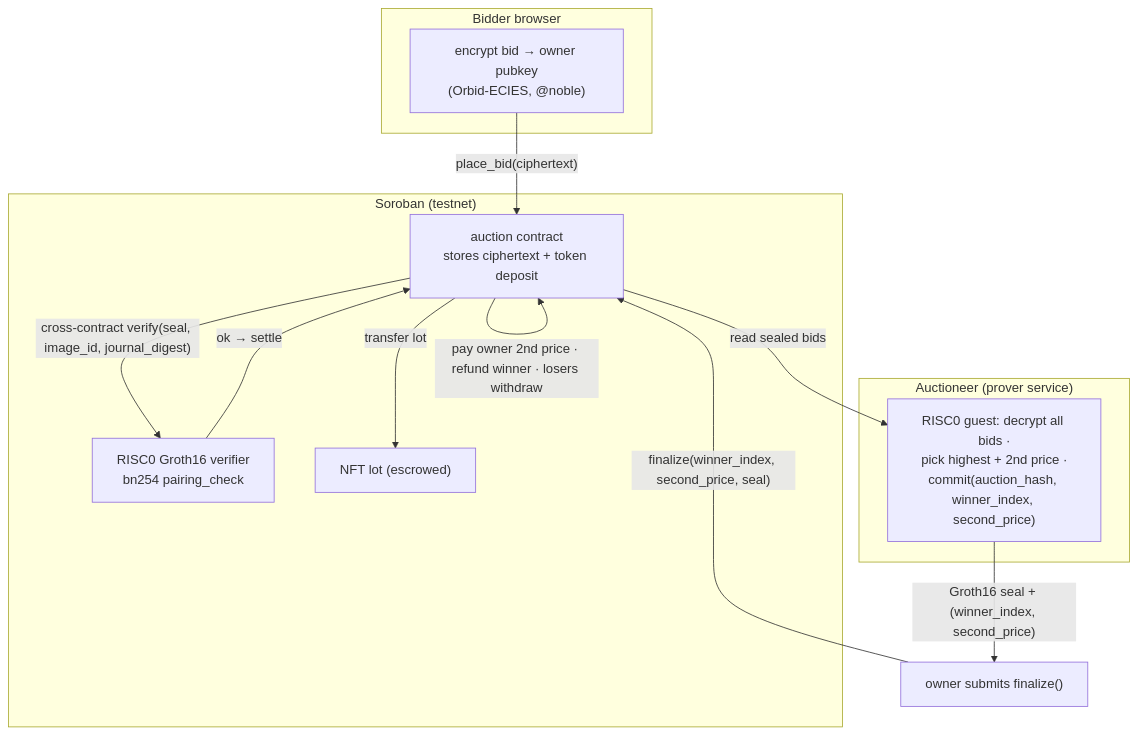
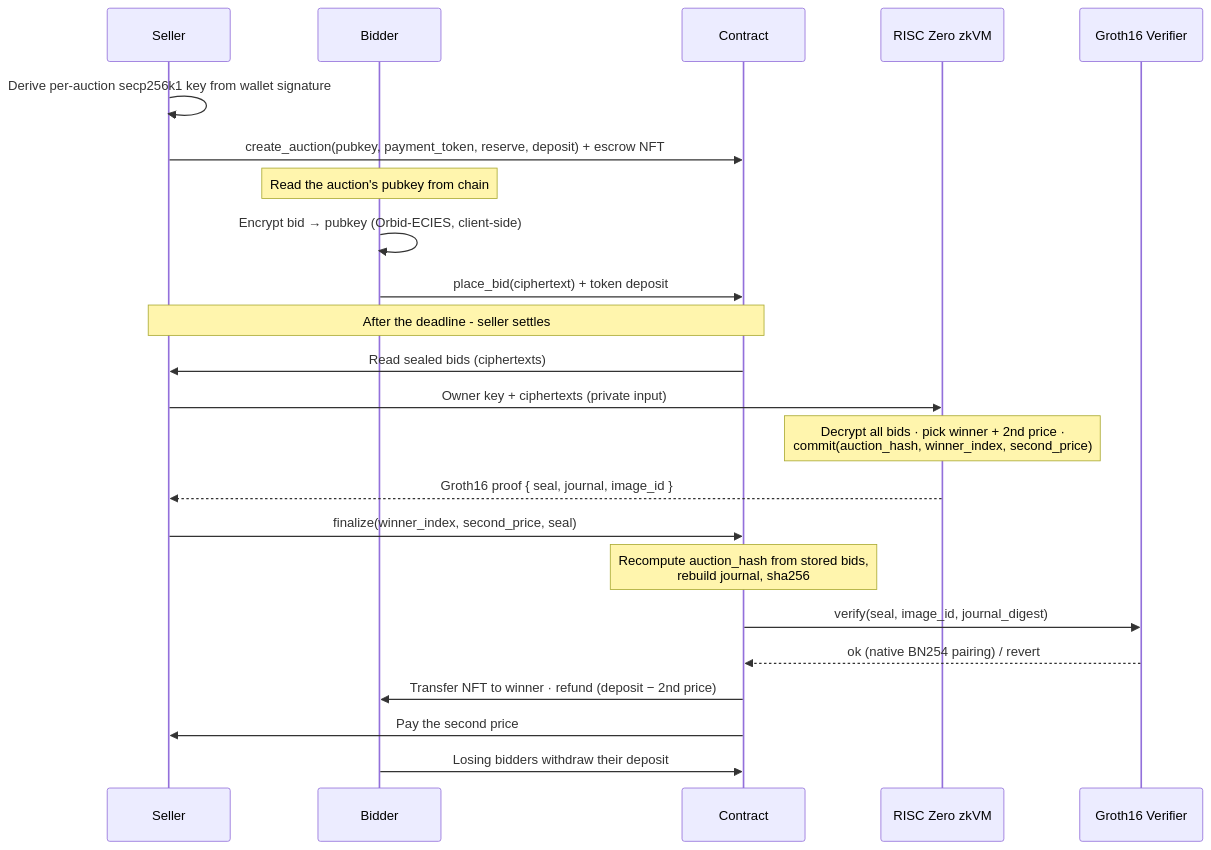
The diagram in README.md (dylannn1312/orbid), drawn with Mermaid before and after one commit.

Commit message:
docs: convert architecture diagram to sequence diagram

````diff
--- a/README.md
+++ b/README.md
@@ -31,24 +31,29 @@
 ```mermaid
-flowchart TD
-    subgraph Browser["Bidder browser"]
-        E["encrypt bid → owner pubkey<br/>(Orbid-ECIES, @noble)"]
-    end
-    subgraph Chain["Soroban (testnet)"]
-        A["auction contract<br/>stores ciphertext + token deposit"]
-        V["RISC0 Groth16 verifier<br/>bn254 pairing_check"]
-        N["NFT lot (escrowed)"]
-    end
-    subgraph Owner["Auctioneer (prover service)"]
-        P["RISC0 guest: decrypt all bids ·<br/>pick highest + 2nd price ·<br/>commit(auction_hash, winner_index, second_price)"]
-    end
+sequenceDiagram
+    participant SE as Seller
+    participant BI as Bidder
+    participant SC as Contract
+    participant ZK as RISC Zero zkVM
+    participant VF as Groth16 Verifier
 
-    E -->|"place_bid(ciphertext)"| A
-    A -->|"read sealed bids"| P
-    P -->|"Groth16 seal + (winner_index, second_price)"| O2["owner submits finalize()"]
-    O2 -->|"finalize(winner_index, second_price, seal)"| A
-    A -->|"recompute auction_hash from stored bids,<br/>rebuild journal, sha256"| A
-    A -->|"cross-contract verify(seal, image_id, journal_digest)"| V
-    V -->|"ok → settle"| A
-    A -->|"transfer lot"| N
-    A -->|"pay owner 2nd price · refund winner · losers withdraw"| A
+    SE->>SE: Derive per-auction secp256k1 key from wallet signature
+    SE->>SC: create_auction(pubkey, payment_token, reserve, deposit) + escrow NFT
+
+    Note over BI: Read the auction's pubkey from chain
+    BI->>BI: Encrypt bid → pubkey (Orbid-ECIES, client-side)
+    BI->>SC: place_bid(ciphertext) + token deposit
+
+    Note over SE,SC: After the deadline - seller settles
+    SC->>SE: Read sealed bids (ciphertexts)
+    SE->>ZK: Owner key + ciphertexts (private input)
+    Note over ZK: Decrypt all bids · pick winner + 2nd price ·<br/>commit(auction_hash, winner_index, second_price)
+    ZK-->>SE: Groth16 proof { seal, journal, image_id }
+    SE->>SC: finalize(winner_index, second_price, seal)
+    Note over SC: Recompute auction_hash from stored bids,<br/>rebuild journal, sha256
+    SC->>VF: verify(seal, image_id, journal_digest)
+    VF-->>SC: ok (native BN254 pairing) / revert
+
+    SC->>BI: Transfer NFT to winner · refund (deposit − 2nd price)
+    SC->>SE: Pay the second price
+    BI->>SC: Losing bidders withdraw their deposit
 ```
````
